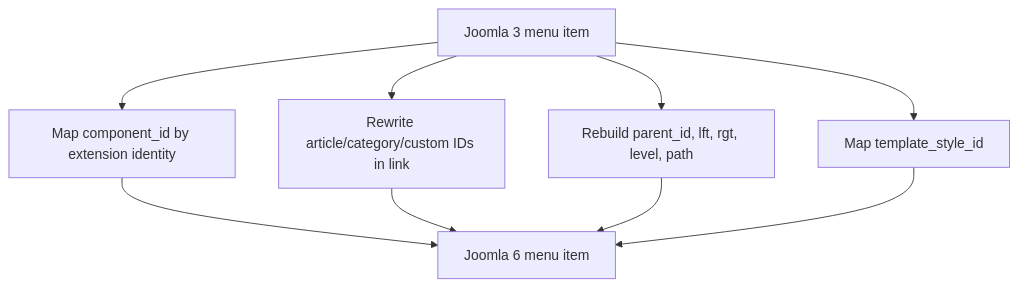
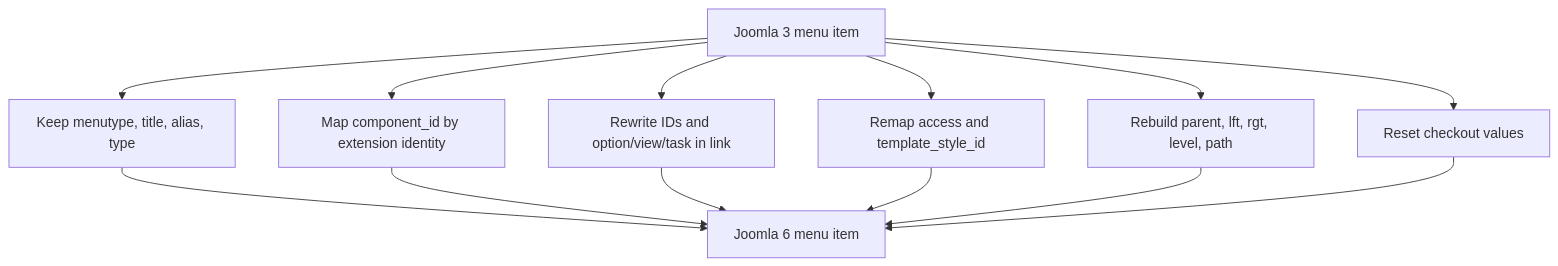
Before and after one commit to duyduyly/php-notebook: diagram 11 of 21 in docs/joomla/learning/database/joomla3-vs-joomla6-erd-gap-diagrams.md, drawn with Mermaid. The commit also changed other lines of this file, not shown here.

Commit message:
docs: improve Joomla 3 vs Joomla 6 ERD gap diagrams

````diff
--- a/docs/joomla/learning/database/joomla3-vs-joomla6-erd-gap-diagrams.md
+++ b/docs/joomla/learning/database/joomla3-vs-joomla6-erd-gap-diagrams.md
@@ -356,14 +424,17 @@
 ```mermaid
 flowchart TD
     J3MENU["Joomla 3 menu item"]
-    EXT_MAP["Map component_id by extension identity"]
-    LINK_REWRITE["Rewrite article/category/custom IDs in link"]
-    TREE_REBUILD["Rebuild parent_id, lft, rgt, level, path"]
-    STYLE_MAP["Map template_style_id"]
-    J6MENU["Joomla 6 menu item"]
+    J3MENU --> TYPE["Keep menutype, title, alias, type"]
+    J3MENU --> COMPONENT["Map component_id by extension identity"]
+    J3MENU --> LINK["Rewrite IDs and option/view/task in link"]
+    J3MENU --> ACCESS["Remap access and template_style_id"]
+    J3MENU --> TREE["Rebuild parent, lft, rgt, level, path"]
+    J3MENU --> RESET["Reset checkout values"]
 
-    J3MENU --> EXT_MAP --> J6MENU
-    J3MENU --> LINK_REWRITE --> J6MENU
-    J3MENU --> TREE_REBUILD --> J6MENU
-    J3MENU --> STYLE_MAP --> J6MENU
+    TYPE --> J6MENU["Joomla 6 menu item"]
+    COMPONENT --> J6MENU
+    LINK --> J6MENU
+    ACCESS --> J6MENU
+    TREE --> J6MENU
+    RESET --> J6MENU
 ```
````
